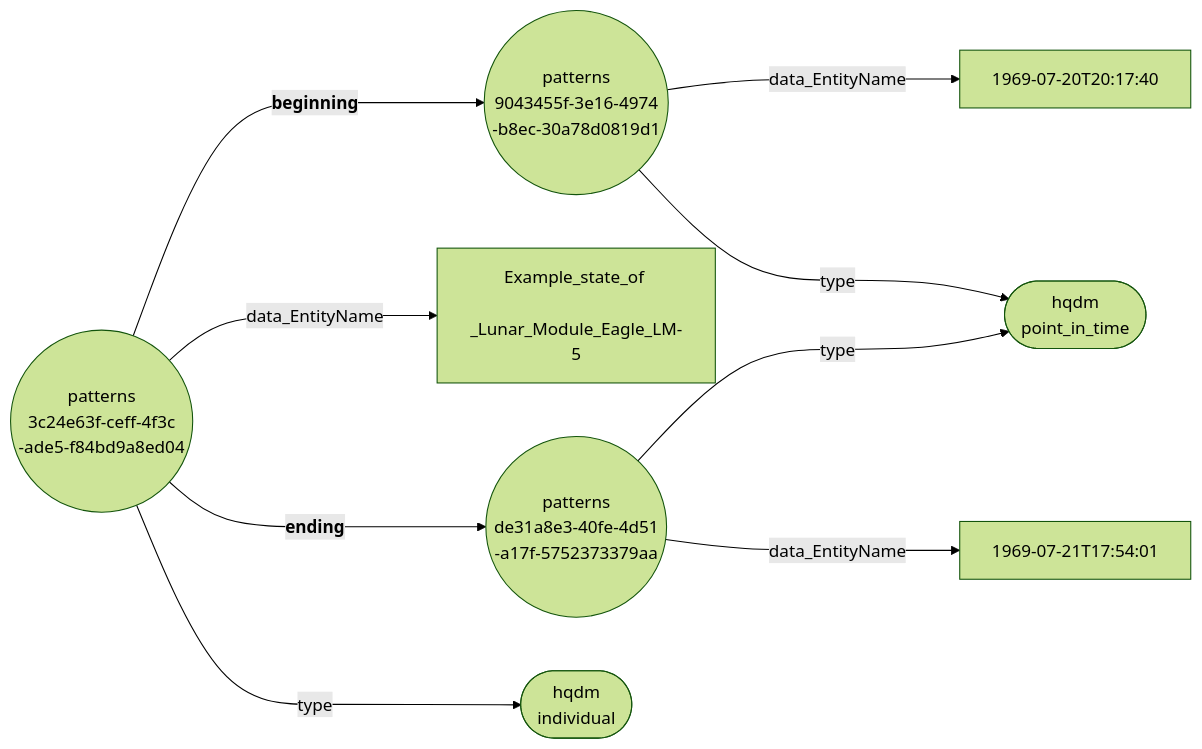
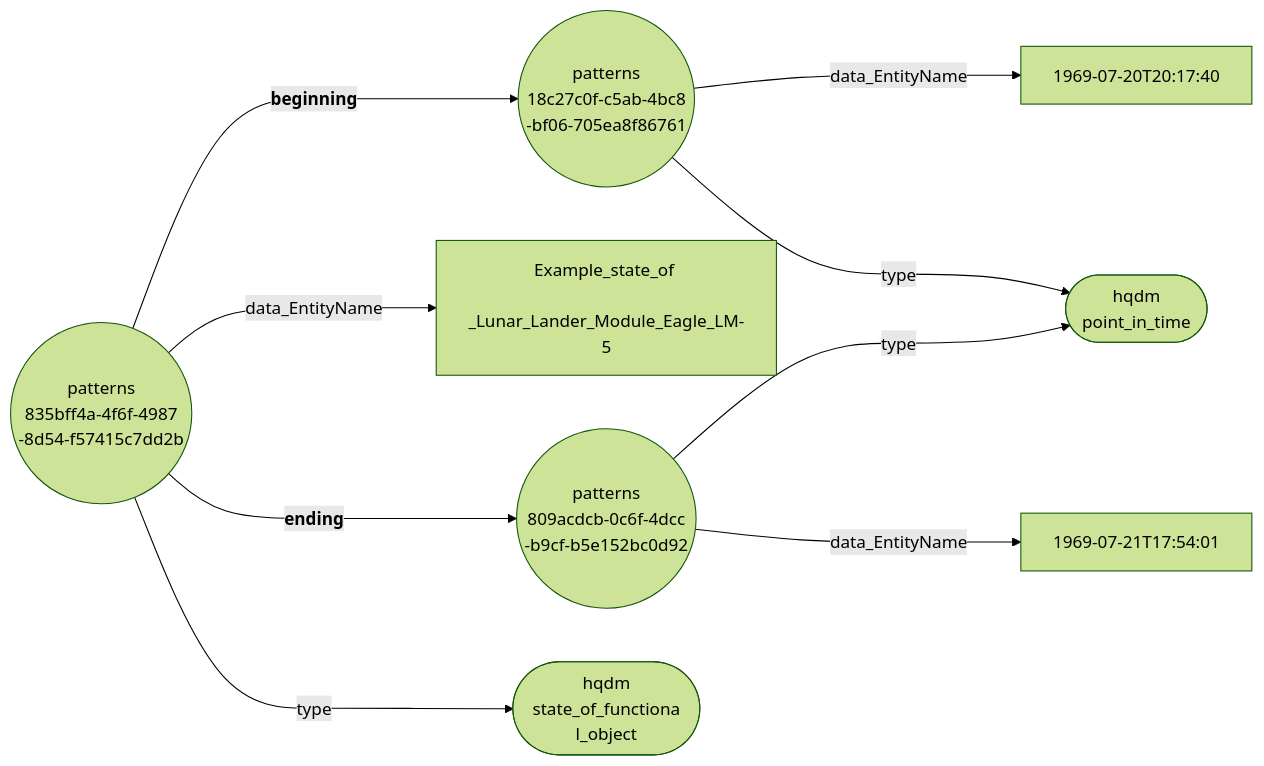
The diagram in docs/extras/example-files/temporalPartOfIncEventsNodeEdgeGraph.mermaid (ClimbingAl/HqdmPatterns), drawn with Mermaid (forest theme) before and after one commit. The commit also changed 53 other files, not shown here.

````diff
--- a/docs/extras/example-files/temporalPartOfIncEventsNodeEdgeGraph.mermaid
+++ b/docs/extras/example-files/temporalPartOfIncEventsNodeEdgeGraph.mermaid
@@ -1,11 +1,11 @@
 ``` mermaid
 graph LR
-  3c24e63f-ceff-4f3c-ade5-f84bd9a8ed04(("patterns <br> 3c24e63f-ceff-4f3c <br> -ade5-f84bd9a8ed04"))--->|"<b> beginning"|9043455f-3e16-4974-b8ec-30a78d0819d1(("patterns <br> 9043455f-3e16-4974 <br> -b8ec-30a78d0819d1"));
-  3c24e63f-ceff-4f3c-ade5-f84bd9a8ed04(("patterns <br> 3c24e63f-ceff-4f3c <br> -ade5-f84bd9a8ed04"))--->|"data_EntityName"|Example_state_of_Lunar_Module_Eagle_LM-5["Example_state_of <br> _Lunar_Module_Eagle_LM-5"];
-  3c24e63f-ceff-4f3c-ade5-f84bd9a8ed04(("patterns <br> 3c24e63f-ceff-4f3c <br> -ade5-f84bd9a8ed04"))--->|"<b> ending"|de31a8e3-40fe-4d51-a17f-5752373379aa(("patterns <br> de31a8e3-40fe-4d51 <br> -a17f-5752373379aa"));
-  3c24e63f-ceff-4f3c-ade5-f84bd9a8ed04(("patterns <br> 3c24e63f-ceff-4f3c <br> -ade5-f84bd9a8ed04"))--->|"type"|individual(["hqdm <br> individual"]);
-  9043455f-3e16-4974-b8ec-30a78d0819d1(("patterns <br> 9043455f-3e16-4974 <br> -b8ec-30a78d0819d1"))--->|"data_EntityName"|1969-07-20T20:17:40["1969-07-20T20:17:40"];
-  9043455f-3e16-4974-b8ec-30a78d0819d1(("patterns <br> 9043455f-3e16-4974 <br> -b8ec-30a78d0819d1"))--->|"type"|point_in_time(["hqdm <br> point_in_time"]);
-  de31a8e3-40fe-4d51-a17f-5752373379aa(("patterns <br> de31a8e3-40fe-4d51 <br> -a17f-5752373379aa"))--->|"data_EntityName"|1969-07-21T17:54:01["1969-07-21T17:54:01"];
-  de31a8e3-40fe-4d51-a17f-5752373379aa(("patterns <br> de31a8e3-40fe-4d51 <br> -a17f-5752373379aa"))--->|"type"|point_in_time(["hqdm <br> point_in_time"]);
+  835bff4a-4f6f-4987-8d54-f57415c7dd2b(("patterns <br> 835bff4a-4f6f-4987 <br> -8d54-f57415c7dd2b"))--->|"<b> beginning"|18c27c0f-c5ab-4bc8-bf06-705ea8f86761(("patterns <br> 18c27c0f-c5ab-4bc8 <br> -bf06-705ea8f86761"));
+  835bff4a-4f6f-4987-8d54-f57415c7dd2b(("patterns <br> 835bff4a-4f6f-4987 <br> -8d54-f57415c7dd2b"))--->|"data_EntityName"|Example_state_of_Lunar_Lander_Module_Eagle_LM-5["Example_state_of <br> _Lunar_Lander_Module_Eagle_LM-5"];
+  835bff4a-4f6f-4987-8d54-f57415c7dd2b(("patterns <br> 835bff4a-4f6f-4987 <br> -8d54-f57415c7dd2b"))--->|"<b> ending"|809acdcb-0c6f-4dcc-b9cf-b5e152bc0d92(("patterns <br> 809acdcb-0c6f-4dcc <br> -b9cf-b5e152bc0d92"));
+  835bff4a-4f6f-4987-8d54-f57415c7dd2b(("patterns <br> 835bff4a-4f6f-4987 <br> -8d54-f57415c7dd2b"))--->|"type"|state_of_functional_object(["hqdm <br> state_of_functiona <br> l_object"]);
+  18c27c0f-c5ab-4bc8-bf06-705ea8f86761(("patterns <br> 18c27c0f-c5ab-4bc8 <br> -bf06-705ea8f86761"))--->|"data_EntityName"|1969-07-20T20:17:40["1969-07-20T20:17:40"];
+  18c27c0f-c5ab-4bc8-bf06-705ea8f86761(("patterns <br> 18c27c0f-c5ab-4bc8 <br> -bf06-705ea8f86761"))--->|"type"|point_in_time(["hqdm <br> point_in_time"]);
+  809acdcb-0c6f-4dcc-b9cf-b5e152bc0d92(("patterns <br> 809acdcb-0c6f-4dcc <br> -b9cf-b5e152bc0d92"))--->|"data_EntityName"|1969-07-21T17:54:01["1969-07-21T17:54:01"];
+  809acdcb-0c6f-4dcc-b9cf-b5e152bc0d92(("patterns <br> 809acdcb-0c6f-4dcc <br> -b9cf-b5e152bc0d92"))--->|"type"|point_in_time(["hqdm <br> point_in_time"]);
 ```
````
